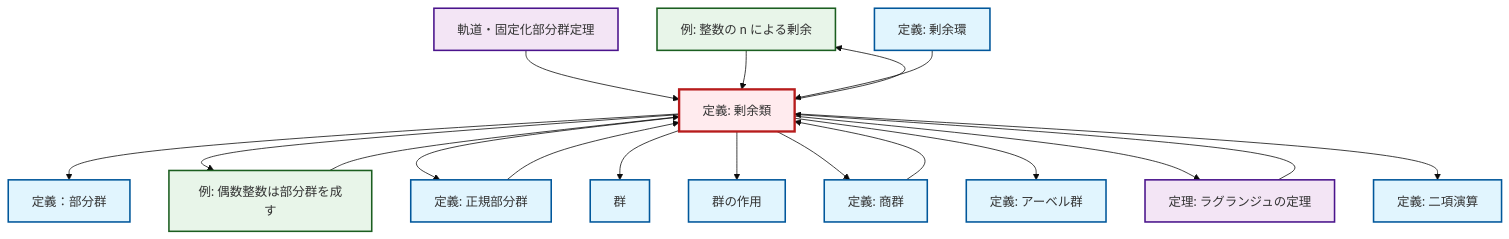
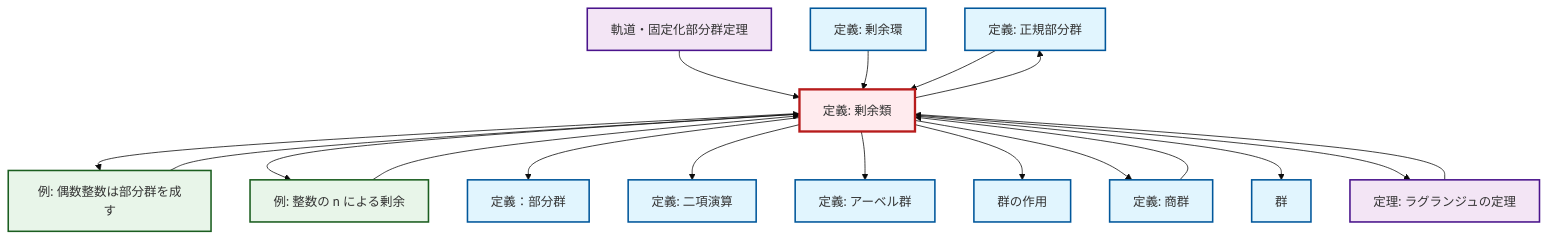
One commit to RK0429/ModernMath changed the diagram in content/ja/algebra/def-coset.qmd. Above: the diagram before and after it, drawn with Mermaid (base theme). The commit also changed 672 other files, not shown here.

````diff
--- a/content/ja/algebra/def-coset.qmd
+++ b/content/ja/algebra/def-coset.qmd
@@ -162,52 +162,52 @@
 ```{mermaid}
-%%| fig-cap: "Local dependency graph"
+%%| fig-cap: "ローカル依存関係グラフ"
 graph TD
     classDef definition fill:#e1f5fe,stroke:#01579b,stroke-width:2px
     classDef theorem fill:#f3e5f5,stroke:#4a148c,stroke-width:2px
     classDef axiom fill:#fff3e0,stroke:#e65100,stroke-width:2px
     classDef example fill:#e8f5e9,stroke:#1b5e20,stroke-width:2px
     classDef current fill:#ffebee,stroke:#b71c1c,stroke-width:3px
     def-subgroup["定義：部分群"]:::definition
+    def-normal-subgroup["定義: 正規部分群"]:::definition
+    def-quotient-group["定義: 商群"]:::definition
     def-binary-operation["定義: 二項演算"]:::definition
     ex-quotient-integers-mod-n["例: 整数の n による剰余"]:::example
+    ex-even-integers-subgroup["例: 偶数整数は部分群を成す"]:::example
     thm-orbit-stabilizer["軌道・固定化部分群定理"]:::theorem
+    thm-lagrange["定理: ラグランジュの定理"]:::theorem
+    def-group["群"]:::definition
+    def-coset["定義: 剰余類"]:::definition
+    def-quotient-ring["定義: 剰余環"]:::definition
     def-group-action["群の作用"]:::definition
     def-abelian-group["定義: アーベル群"]:::definition
-    thm-lagrange["定理: ラグランジュの定理"]:::theorem
-    def-normal-subgroup["定義: 正規部分群"]:::definition
-    def-coset["定義: 剰余類"]:::definition
-    def-quotient-ring["定義: 剰余環"]:::definition
-    def-quotient-group["定義: 商群"]:::definition
-    def-group["群"]:::definition
-    ex-even-integers-subgroup["例: 偶数整数は部分群を成す"]:::example
+    def-coset --> ex-even-integers-subgroup
+    thm-orbit-stabilizer --> def-coset
+    def-coset --> ex-quotient-integers-mod-n
+    thm-lagrange --> def-coset
+    def-coset --> def-normal-subgroup
     def-coset --> def-subgroup
-    def-coset --> ex-even-integers-subgroup
-    def-coset --> def-normal-subgroup
-    thm-orbit-stabilizer --> def-coset
-    def-coset --> def-group
-    thm-lagrange --> def-coset
-    def-coset --> def-group-action
-    def-normal-subgroup --> def-coset
-    def-coset --> def-quotient-group
-    def-coset --> def-abelian-group
-    def-coset --> thm-lagrange
-    ex-quotient-integers-mod-n --> def-coset
-    ex-even-integers-subgroup --> def-coset
     def-quotient-ring --> def-coset
     def-coset --> def-binary-operation
     def-quotient-group --> def-coset
-    def-coset --> ex-quotient-integers-mod-n
+    def-coset --> def-abelian-group
+    def-normal-subgroup --> def-coset
+    ex-quotient-integers-mod-n --> def-coset
+    ex-even-integers-subgroup --> def-coset
+    def-coset --> def-group-action
+    def-coset --> def-quotient-group
+    def-coset --> def-group
+    def-coset --> thm-lagrange
     class def-coset current
     click def-subgroup "def-subgroup.html" "定義：部分群へ"
+    click def-normal-subgroup "def-normal-subgroup.html" "正規部分群の定義へ"
+    click def-quotient-group "def-quotient-group.html" "商群の定義へ"
     click def-binary-operation "def-binary-operation.html" "二項演算の定義へ"
     click ex-quotient-integers-mod-n "ex-quotient-integers-mod-n.html" "整数の n による剰余の例へ"
+    click ex-even-integers-subgroup "ex-even-integers-subgroup.html" "偶数整数は部分群を成すの例へ"
     click thm-orbit-stabilizer "thm-orbit-stabilizer.html" "軌道・固定化部分群定理へ"
+    click thm-lagrange "thm-lagrange.html" "ラグランジュの定理の定理へ"
+    click def-group "def-group.html" "群へ"
+    click def-quotient-ring "def-quotient-ring.html" "剰余環の定義へ"
     click def-group-action "def-group-action.html" "群の作用へ"
     click def-abelian-group "def-abelian-group.html" "アーベル群の定義へ"
-    click thm-lagrange "thm-lagrange.html" "ラグランジュの定理の定理へ"
-    click def-normal-subgroup "def-normal-subgroup.html" "正規部分群の定義へ"
-    click def-quotient-ring "def-quotient-ring.html" "剰余環の定義へ"
-    click def-quotient-group "def-quotient-group.html" "商群の定義へ"
-    click def-group "def-group.html" "群へ"
-    click ex-even-integers-subgroup "ex-even-integers-subgroup.html" "偶数整数は部分群を成すの例へ"
 ```
````
